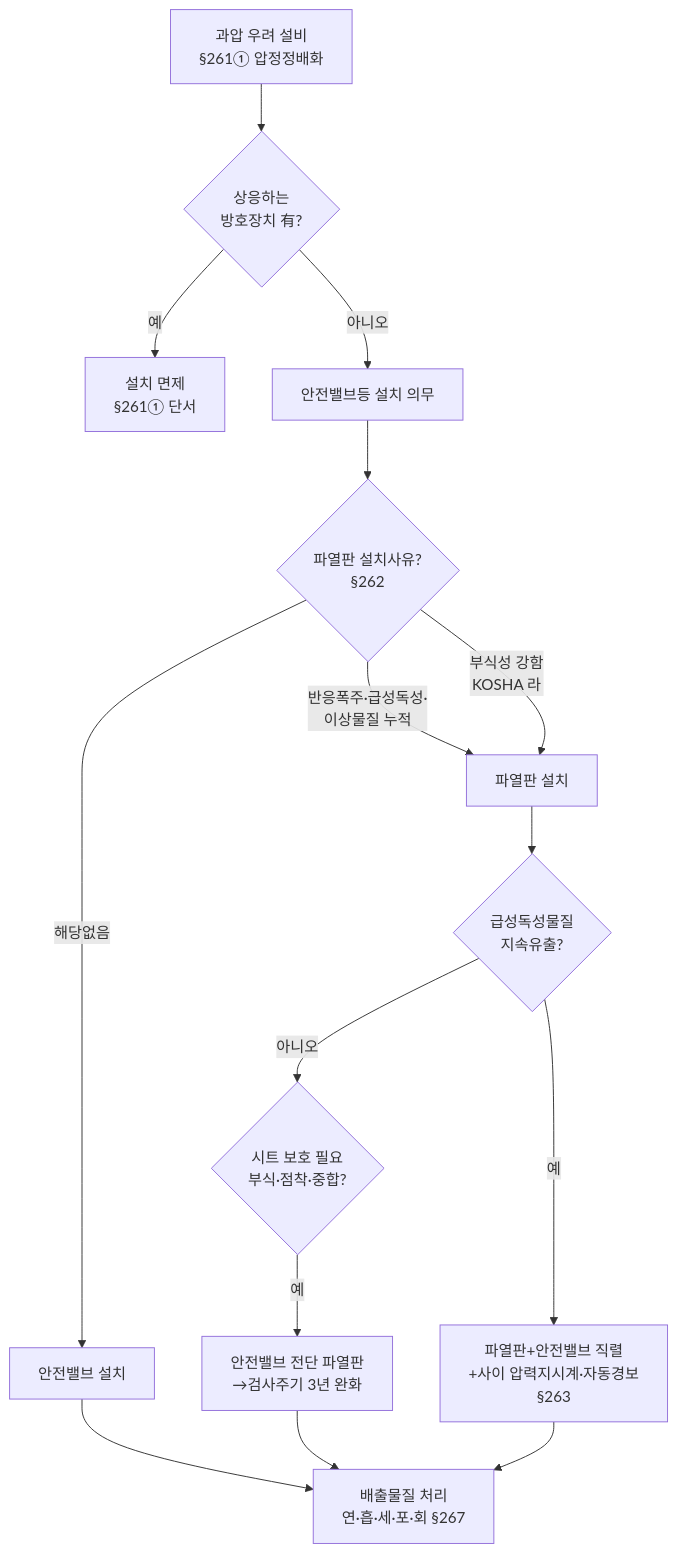
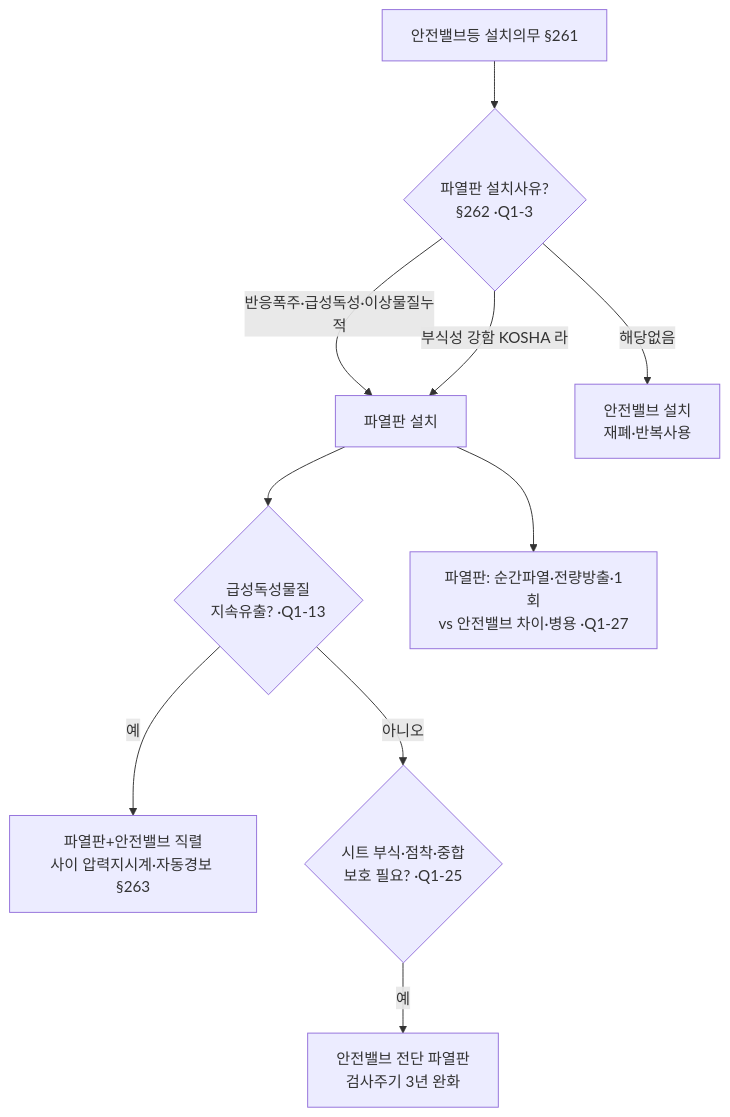
The second of 6 diagrams in topics/01_안전장치.md (roy-zz/industrial-safety-viz), drawn with Mermaid before and after one commit. The commit also changed other lines of this file and 1 other file, not shown here.

````diff
--- a/topics/01_안전장치.md
+++ b/topics/01_안전장치.md
@@ -41,17 +35,12 @@
 ```mermaid
 flowchart TD
-    A[과압 우려 설비<br/>§261① 압정정배화] --> B{상응하는<br/>방호장치 有?}
-    B -->|예| Z[설치 면제<br/>§261① 단서]
-    B -->|아니오| C[안전밸브등 설치 의무]
-    C --> D{파열판 설치사유?<br/>§262}
-    D -->|반응폭주·급성독성·<br/>이상물질 누적| E[파열판 설치]
-    D -->|부식성 강함<br/>KOSHA 라| E
-    D -->|해당없음| F[안전밸브 설치]
-    E --> G{급성독성물질<br/>지속유출?}
-    G -->|예| H[파열판+안전밸브 직렬<br/>+사이 압력지시계·자동경보<br/>§263]
-    G -->|아니오| I{시트 보호 필요<br/>부식·점착·중합?}
-    I -->|예| J[안전밸브 전단 파열판<br/>→검사주기 3년 완화]
-    F --> K[배출물질 처리<br/>연·흡·세·포·회 §267]
-    J --> K
-    H --> K
+    A[안전밸브등 설치의무 §261] --> B{파열판 설치사유?<br/>§262 ·Q1-3}
+    B -->|반응폭주·급성독성·이상물질누적| C[파열판 설치]
+    B -->|부식성 강함 KOSHA 라| C
+    B -->|해당없음| D[안전밸브 설치<br/>재폐·반복사용]
+    C --> E{급성독성물질<br/>지속유출? ·Q1-13}
+    E -->|예| F[파열판+안전밸브 직렬<br/>사이 압력지시계·자동경보 §263]
+    E -->|아니오| G{시트 부식·점착·중합<br/>보호 필요? ·Q1-25}
+    G -->|예| H[안전밸브 전단 파열판<br/>검사주기 3년 완화]
+    C --> J[파열판: 순간파열·전량방출·1회<br/>vs 안전밸브 차이·병용 ·Q1-27]
 ```
````
